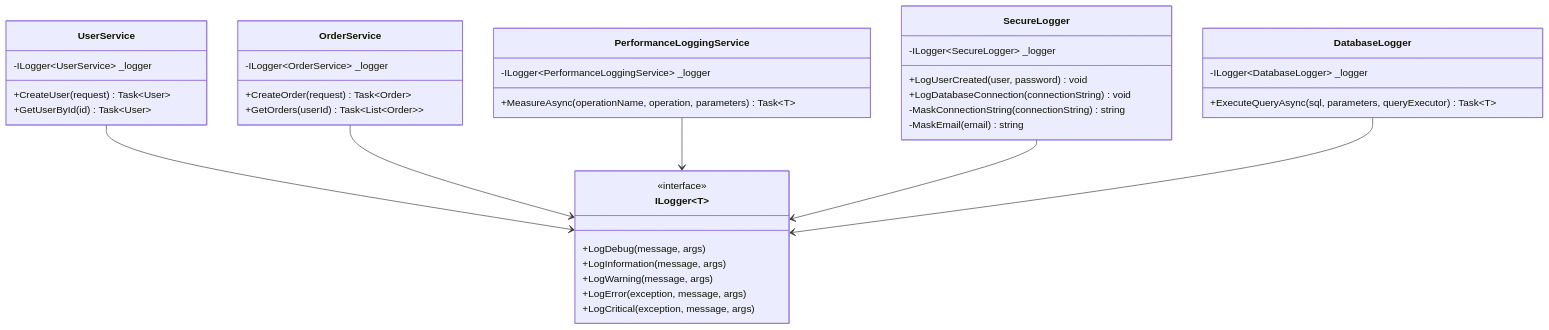
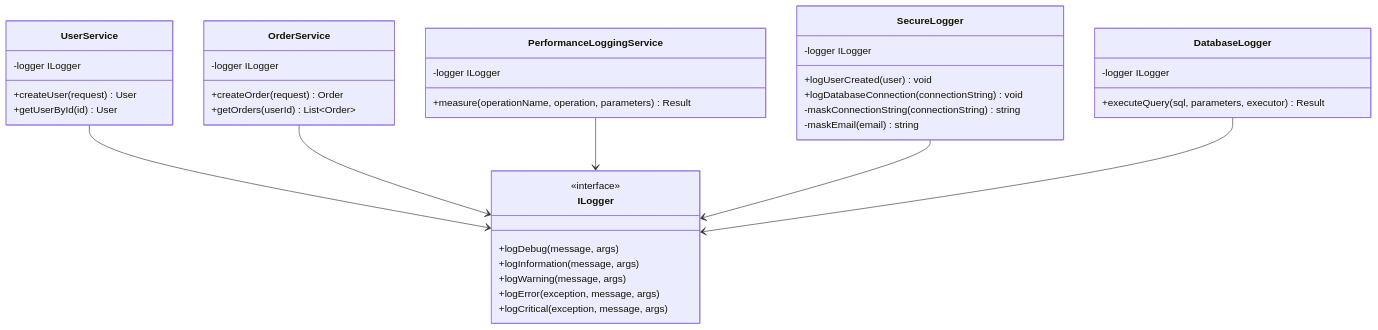
The sixth of 9 diagrams in .github/docs/common-design/logging.md (RYA234/dotnet_container), drawn with Mermaid before and after one commit. The commit also changed other lines of this file, not shown here.

First line of the commit message:
Refactor logging.md to language-agnostic external design document

````diff
--- a/.github/docs/common-design/logging.md
+++ b/.github/docs/common-design/logging.md
@@ -180,47 +221,47 @@
 ```mermaid
 classDiagram
-    class ILogger~T~ {
+    class ILogger {
         <<interface>>
-        +LogDebug(message, args)
-        +LogInformation(message, args)
-        +LogWarning(message, args)
-        +LogError(exception, message, args)
-        +LogCritical(exception, message, args)
+        +logDebug(message, args)
+        +logInformation(message, args)
+        +logWarning(message, args)
+        +logError(exception, message, args)
+        +logCritical(exception, message, args)
     }
 
     class UserService {
-        -ILogger~UserService~ _logger
-        +CreateUser(request) Task~User~
-        +GetUserById(id) Task~User~
+        -logger ILogger
+        +createUser(request) User
+        +getUserById(id) User
     }
 
     class OrderService {
-        -ILogger~OrderService~ _logger
-        +CreateOrder(request) Task~Order~
-        +GetOrders(userId) Task~List~Order~~
+        -logger ILogger
+        +createOrder(request) Order
+        +getOrders(userId) List~Order~
     }
 
     class PerformanceLoggingService {
-        -ILogger~PerformanceLoggingService~ _logger
-        +MeasureAsync(operationName, operation, parameters) Task~T~
+        -logger ILogger
+        +measure(operationName, operation, parameters) Result
     }
 
     class SecureLogger {
-        -ILogger~SecureLogger~ _logger
-        +LogUserCreated(user, password) void
-        +LogDatabaseConnection(connectionString) void
-        -MaskConnectionString(connectionString) string
-        -MaskEmail(email) string
+        -logger ILogger
+        +logUserCreated(user) void
+        +logDatabaseConnection(connectionString) void
+        -maskConnectionString(connectionString) string
+        -maskEmail(email) string
     }
 
     class DatabaseLogger {
-        -ILogger~DatabaseLogger~ _logger
-        +ExecuteQueryAsync(sql, parameters, queryExecutor) Task~T~
+        -logger ILogger
+        +executeQuery(sql, parameters, executor) Result
     }
 
-    UserService --> ILogger~T~
-    OrderService --> ILogger~T~
-    PerformanceLoggingService --> ILogger~T~
-    SecureLogger --> ILogger~T~
-    DatabaseLogger --> ILogger~T~
+    UserService --> ILogger
+    OrderService --> ILogger
+    PerformanceLoggingService --> ILogger
+    SecureLogger --> ILogger
+    DatabaseLogger --> ILogger
 ```
````
